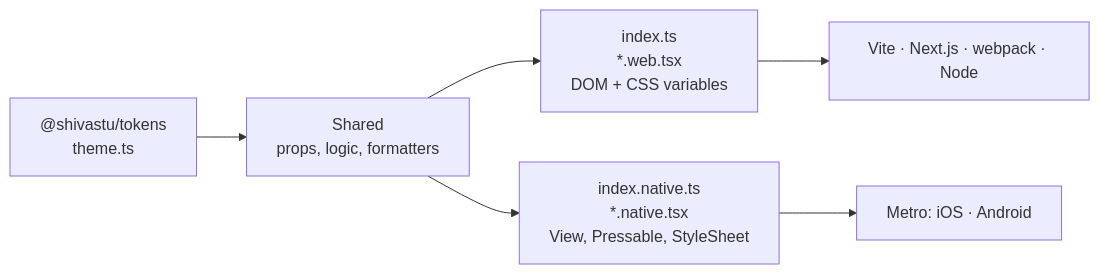
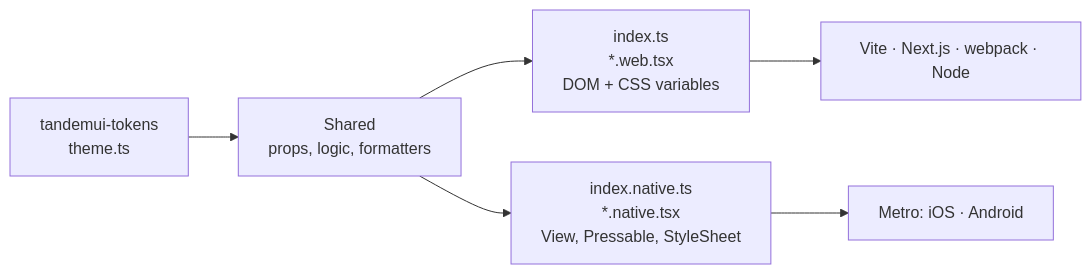
One commit to shivastuu/moksha-ui changed the diagram in README.md. Above: the diagram before and after it, drawn with Mermaid. The commit also changed other lines of this file and 71 other files, not shown here.

Commit message:
Rename the packages to tandemui and tandemui-tokens, and refresh the README

````diff
--- a/README.md
+++ b/README.md
@@ -445,8 +484,8 @@
 ```mermaid
 flowchart LR
-  T["@shivastu/tokens<br/>theme.ts"] --> S["Shared<br/>props, logic, formatters"]
+  T["tandemui-tokens<br/>theme.ts"] --> S["Shared<br/>props, logic, formatters"]
   S --> W["index.ts<br/>*.web.tsx<br/>DOM + CSS variables"]
   S --> N["index.native.ts<br/>*.native.tsx<br/>View, Pressable, StyleSheet"]
   W --> B1["Vite · Next.js · webpack · Node"]
   N --> B2["Metro: iOS · Android"]
 ```
````
